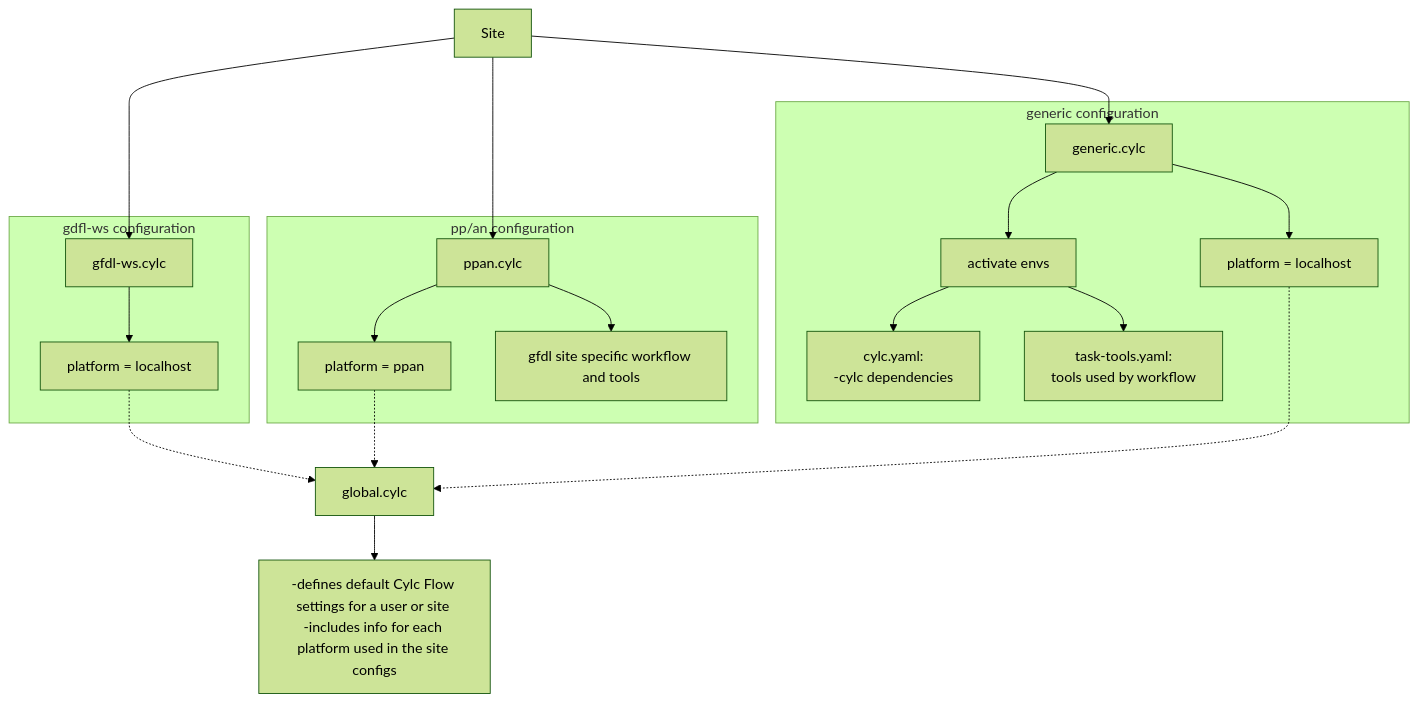
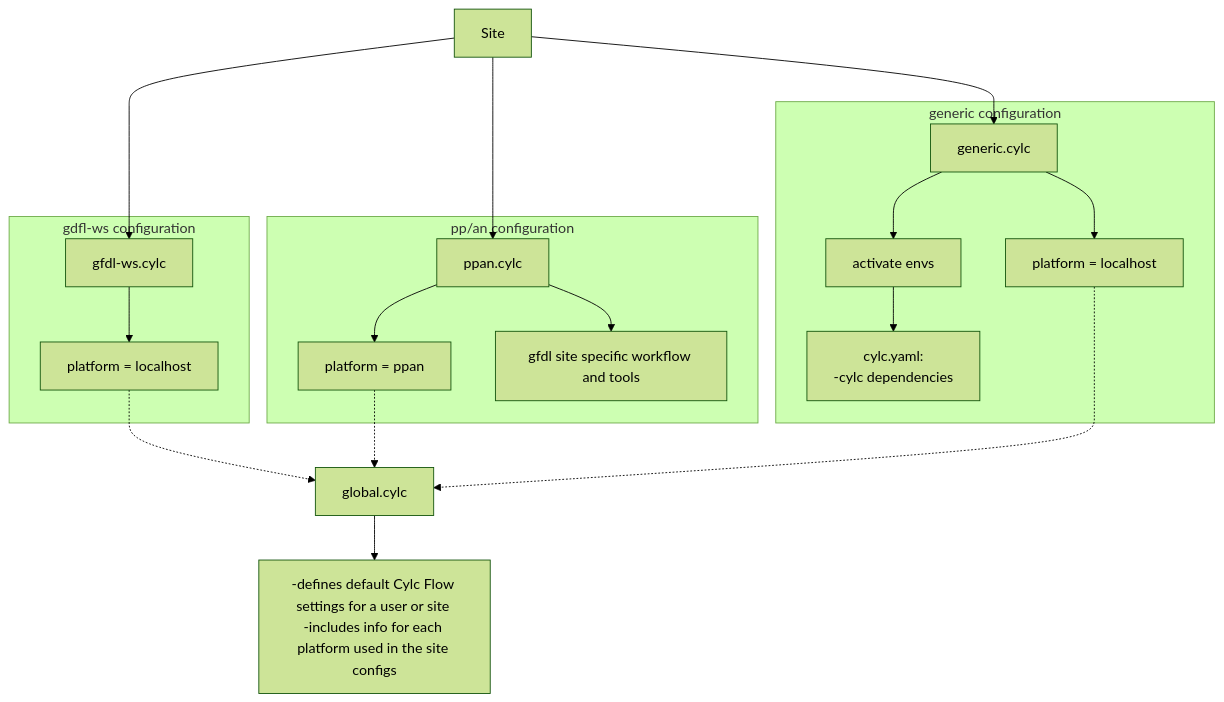
Before and after one commit to NOAA-GFDL/fre-workflows: the second of 2 diagrams in README-portability.md, drawn with Mermaid (forest theme). The commit also changed other lines of this file and 2 other files, not shown here.

````diff
--- a/README-portability.md
+++ b/README-portability.md
@@ -31,26 +31,26 @@
 ```mermaid
 flowchart TD
 SS[Site] --> s1[gfdl-ws.cylc]
 SS-->s2[ppan.cylc]
 SS-->s3[generic.cylc]
 
 subgraph gdfl-ws configuration
 s1-->wsp[platform = localhost]
 end
 
 subgraph pp/an configuration
 s2-->ppanp[platform = ppan]
 s2-->info[gfdl site specific workflow and tools]
 end
 
 subgraph generic configuration
 s3-->E
-E[activate envs]-->e1[cylc.yaml: \n-cylc dependencies] & e2[task-tools.yaml: \ntools used by workflow]
+E[activate envs]-->e1[cylc.yaml: \n-cylc dependencies]
 s3-->genp[platform = localhost]
 end
 
 G[global.cylc] --> g1["-defines default Cylc Flow settings for a user or site \n-includes info for each platform used in the site configs"]
 wsp -.->G
 ppanp -.->G
 genp -..->G
 ```
````
